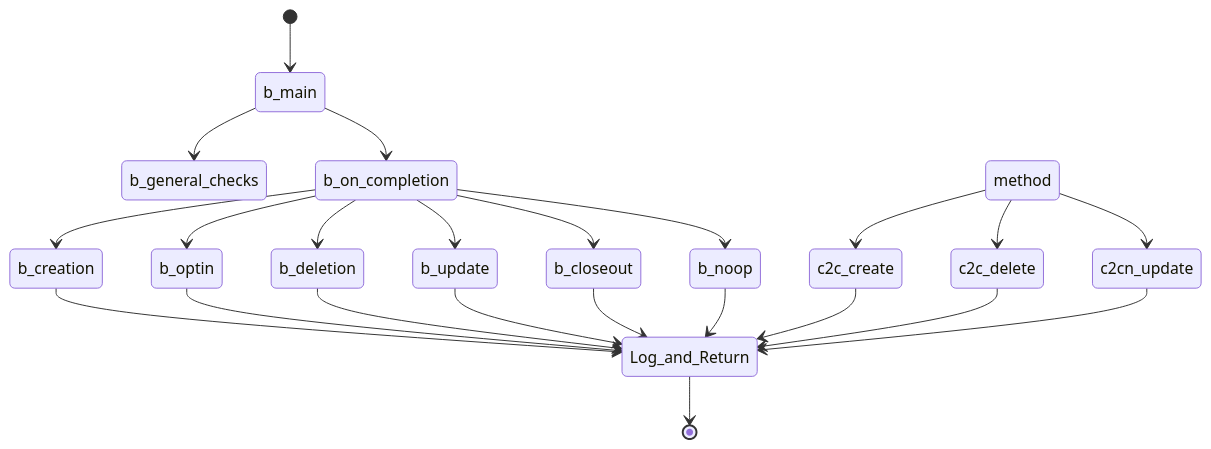
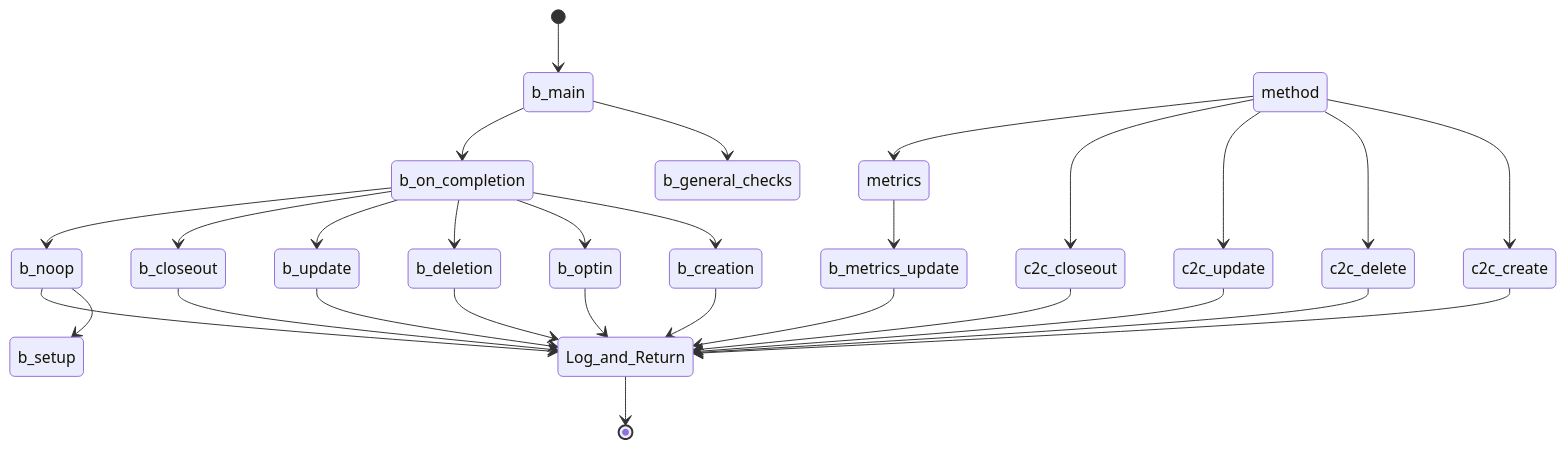
Before and after one commit to GoPlausible/.github: the sixth of 10 diagrams in profile/README.md, drawn with Mermaid. The commit also changed other lines of this file, not shown here.

````diff
--- a/profile/README.md
+++ b/profile/README.md
@@ -193,30 +192,36 @@
 ```mermaid
   stateDiagram-v2
     [*] --> b_main
     b_main --> b_general_checks
     b_main --> b_on_completion
     b_on_completion --> b_creation
     b_creation --> Log_and_Return
     b_on_completion --> b_optin
     b_optin --> Log_and_Return
     b_on_completion --> b_deletion
     b_deletion --> Log_and_Return
     b_on_completion --> b_update
     b_update --> Log_and_Return
     b_on_completion --> b_closeout
     b_closeout --> Log_and_Return
 
     b_on_completion --> b_noop
+    b_noop --> b_setup
     b_noop --> Log_and_Return
 
     method --> c2c_create
     c2c_create --> Log_and_Return
     method --> c2c_delete
     c2c_delete --> Log_and_Return
-    method --> c2cn_update
-    c2cn_update --> Log_and_Return
+    method --> c2c_update
+    c2c_update --> Log_and_Return
+    method --> c2c_closeout
+    c2c_closeout --> Log_and_Return
+   
+    method --> metrics
+    metrics --> b_metrics_update
+    b_metrics_update --> Log_and_Return
 
-   
     Log_and_Return --> [*]
     
 ```
````
